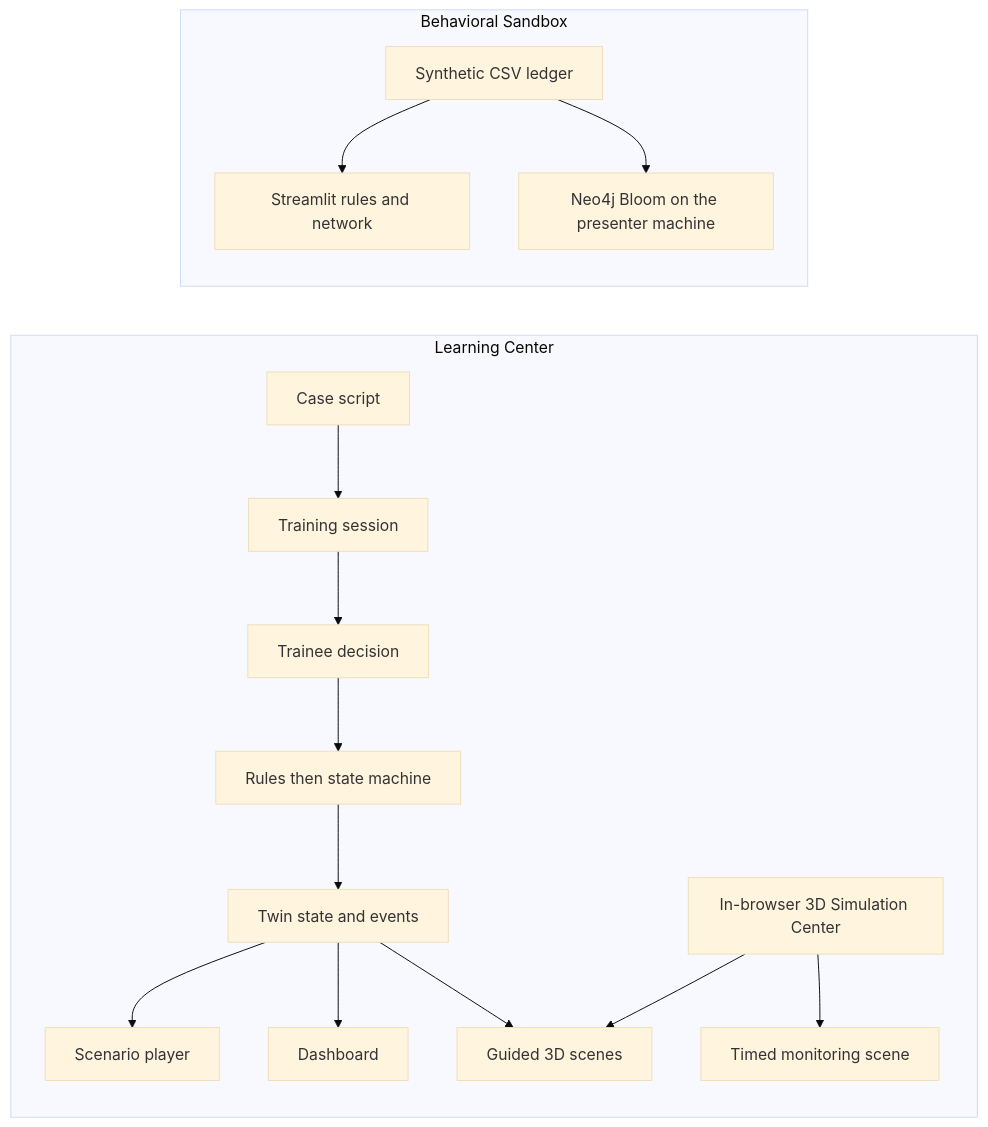
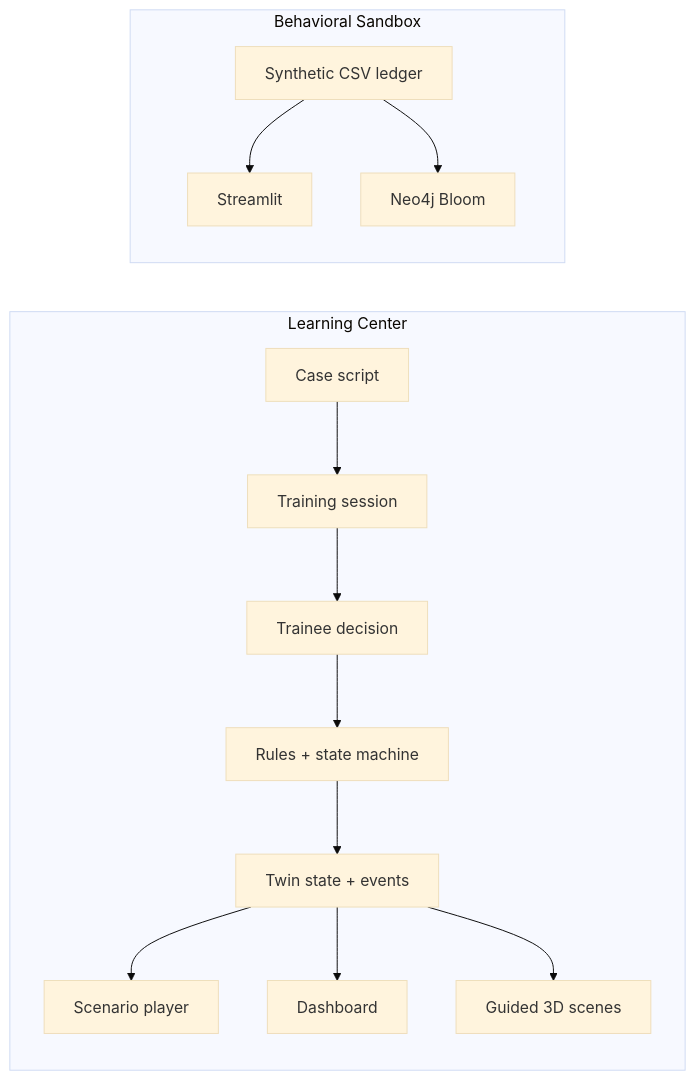
One commit to innalhy/aml-twin changed the diagram in README.md. Above: the diagram before and after it, drawn with Mermaid (base theme). The commit also changed other lines of this file, not shown here.

````diff
--- a/README.md
+++ b/README.md
@@ -86,19 +88,16 @@
 ```mermaid
 flowchart LR
-  subgraph center [Learning Center]
-    caseFile["Case script"] --> session["Training session"]
+  subgraph Learning["Learning Center"]
+    script["Case script"] --> session["Training session"]
     session --> decision["Trainee decision"]
-    decision --> rules["Rules then state machine"]
-    rules --> twin["Twin state and events"]
+    decision --> rules["Rules + state machine"]
+    rules --> twin["Twin state + events"]
     twin --> player["Scenario player"]
     twin --> dash["Dashboard"]
-    sim["In-browser 3D Simulation Center"]
     twin --> guided["Guided 3D scenes"]
-    sim --> guided
-    sim --> timed["Timed monitoring scene"]
   end
-  subgraph sandbox [Behavioral Sandbox]
-    ledger["Synthetic CSV ledger"] --> stream["Streamlit rules and network"]
-    ledger --> bloom["Neo4j Bloom on the presenter machine"]
+  subgraph Sandbox["Behavioral Sandbox"]
+    ledger["Synthetic CSV ledger"] --> streamlit["Streamlit"]
+    ledger --> bloom["Neo4j Bloom"]
   end
 ```
````
